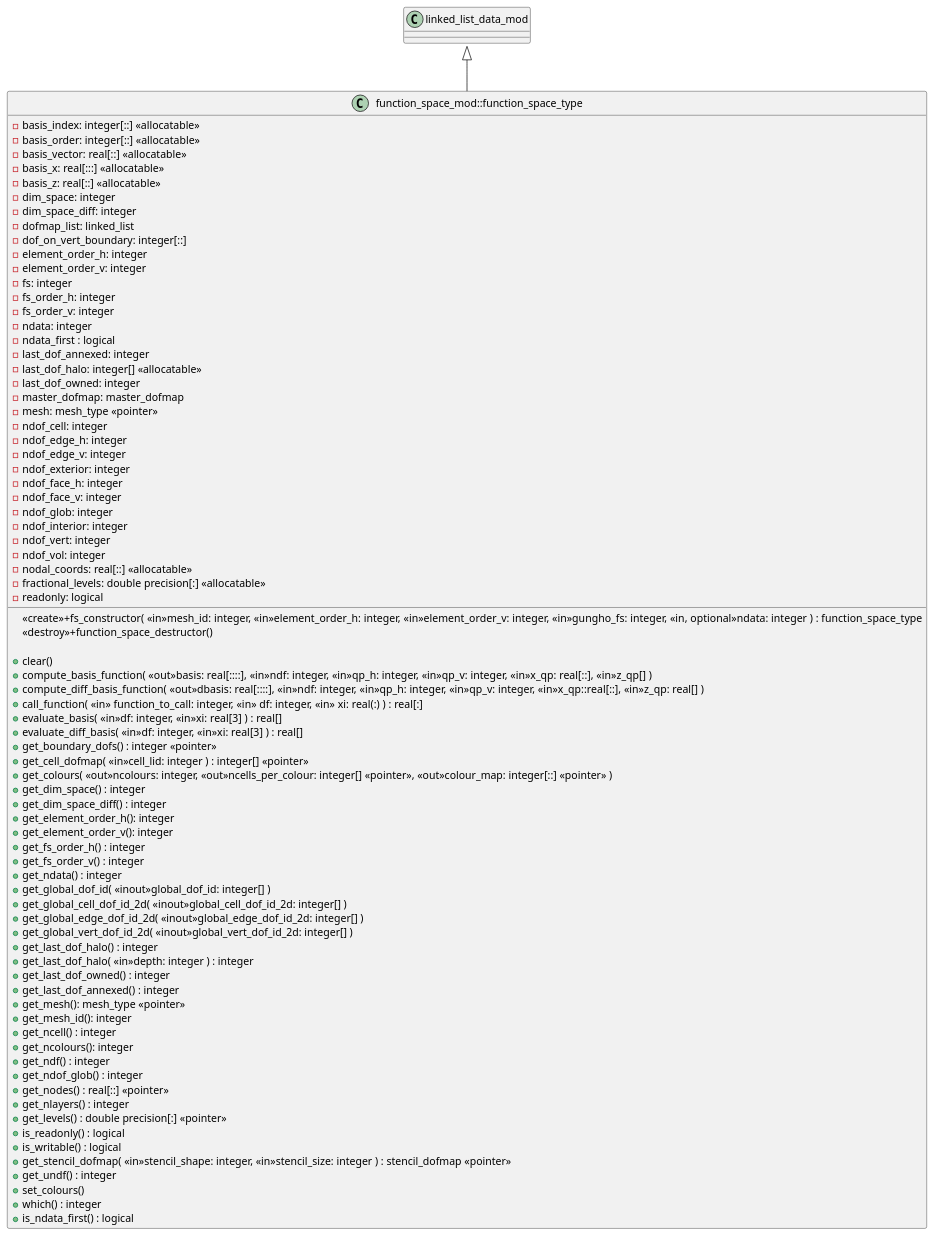
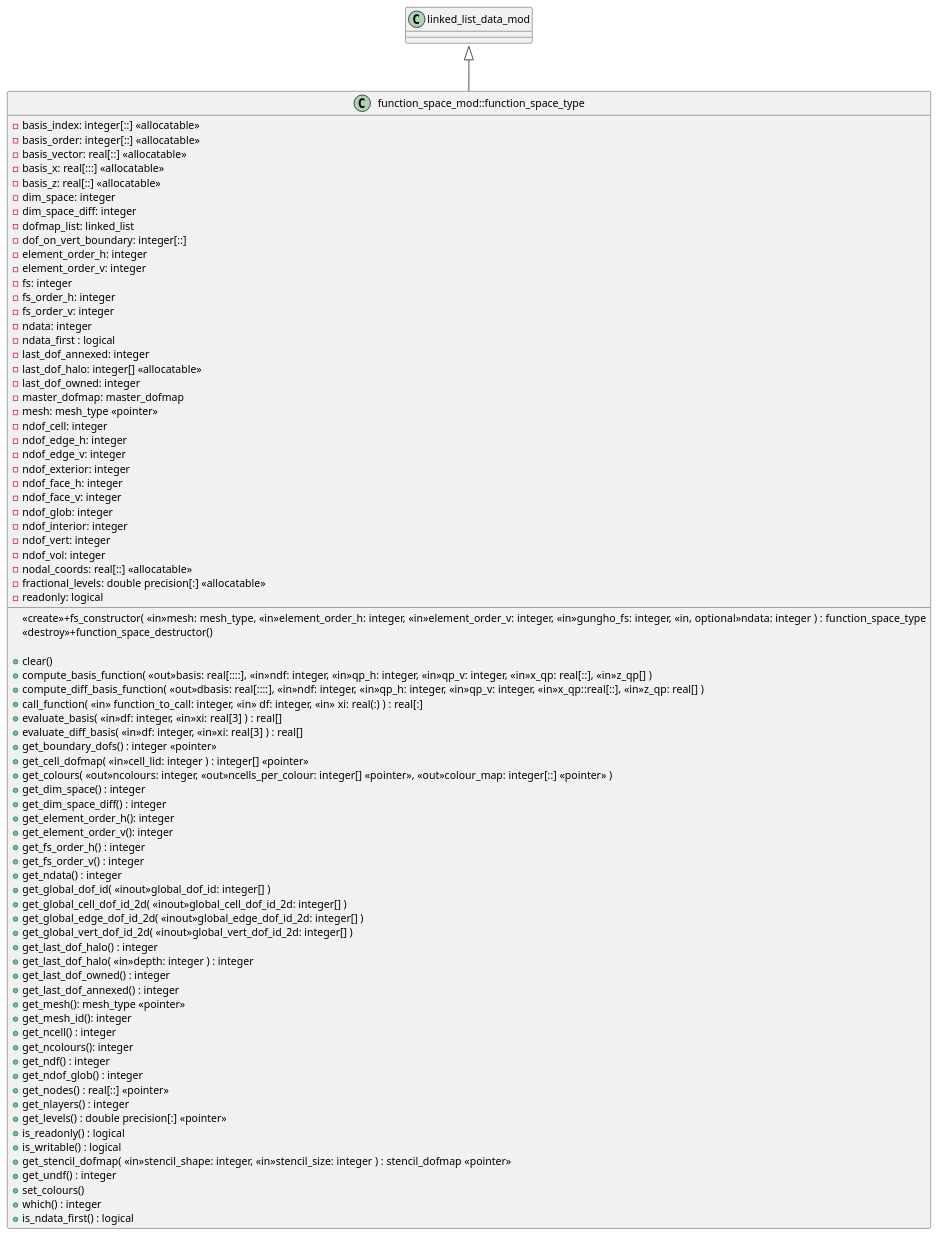
The diagram in infrastructure/documentation/uml/field/function_space_mod.iuml (MetOffice/lfric_core), drawn with PlantUML before and after one commit. The commit also changed 18 other files, not shown here.

```diff
--- a/infrastructure/documentation/uml/field/function_space_mod.iuml
+++ b/infrastructure/documentation/uml/field/function_space_mod.iuml
@@ -1,86 +1,86 @@
 ' Copyright (c) 2017,  Met Office, on behalf of HMSO and Queen's Printer
 ' For further details please refer to the file LICENCE which you
 ' should have received as part of this distribution.
 
 class function_space_mod::function_space_type {
     -basis_index: integer[::] <<allocatable>>
     -basis_order: integer[::] <<allocatable>>
     -basis_vector: real[::] <<allocatable>>
     -basis_x: real[:::] <<allocatable>>
     -basis_z: real[::] <<allocatable>>
     -dim_space: integer
     -dim_space_diff: integer
     -dofmap_list: linked_list
     -dof_on_vert_boundary: integer[::]
     -element_order_h: integer
     -element_order_v: integer
     -fs: integer
     -fs_order_h: integer
     -fs_order_v: integer
     -ndata: integer
     -ndata_first : logical
     -last_dof_annexed: integer
     -last_dof_halo: integer[] <<allocatable>>
     -last_dof_owned: integer
     -master_dofmap: master_dofmap
     -mesh: mesh_type <<pointer>>
     -ndof_cell: integer
     -ndof_edge_h: integer
     -ndof_edge_v: integer
     -ndof_exterior: integer
     -ndof_face_h: integer
     -ndof_face_v: integer
     -ndof_glob: integer
     -ndof_interior: integer
     -ndof_vert: integer
     -ndof_vol: integer
     -nodal_coords: real[::] <<allocatable>>
     -fractional_levels: double precision[:] <<allocatable>>
     -readonly: logical
 
-    <<create>>+fs_constructor( <<in>>mesh_id: integer, <<in>>element_order_h: integer, <<in>>element_order_v: integer, <<in>>gungho_fs: integer, <<in, optional>>ndata: integer ) : function_space_type
+    <<create>>+fs_constructor( <<in>>mesh: mesh_type, <<in>>element_order_h: integer, <<in>>element_order_v: integer, <<in>>gungho_fs: integer, <<in, optional>>ndata: integer ) : function_space_type
     <<destroy>>+function_space_destructor()
 
     +clear()
     +compute_basis_function( <<out>>basis: real[::::], <<in>>ndf: integer, <<in>>qp_h: integer, <<in>>qp_v: integer, <<in>>x_qp: real[::], <<in>>z_qp[] )
     +compute_diff_basis_function( <<out>>dbasis: real[::::], <<in>>ndf: integer, <<in>>qp_h: integer, <<in>>qp_v: integer, <<in>>x_qp::real[::], <<in>>z_qp: real[] )
     +call_function( <<in>> function_to_call: integer, <<in>> df: integer, <<in>> xi: real(:) ) : real[:]
     +evaluate_basis( <<in>>df: integer, <<in>>xi: real[3] ) : real[]
     +evaluate_diff_basis( <<in>>df: integer, <<in>>xi: real[3] ) : real[]
     +get_boundary_dofs() : integer <<pointer>>
     +get_cell_dofmap( <<in>>cell_lid: integer ) : integer[] <<pointer>>
     +get_colours( <<out>>ncolours: integer, <<out>>ncells_per_colour: integer[] <<pointer>>, <<out>>colour_map: integer[::] <<pointer>> )
     +get_dim_space() : integer
     +get_dim_space_diff() : integer
     +get_element_order_h(): integer
     +get_element_order_v(): integer
     +get_fs_order_h() : integer
     +get_fs_order_v() : integer
     +get_ndata() : integer
     +get_global_dof_id( <<inout>>global_dof_id: integer[] )
     +get_global_cell_dof_id_2d( <<inout>>global_cell_dof_id_2d: integer[] )
     +get_global_edge_dof_id_2d( <<inout>>global_edge_dof_id_2d: integer[] )
     +get_global_vert_dof_id_2d( <<inout>>global_vert_dof_id_2d: integer[] )
     +get_last_dof_halo() : integer
     +get_last_dof_halo( <<in>>depth: integer ) : integer
     +get_last_dof_owned() : integer
     +get_last_dof_annexed() : integer
     +get_mesh(): mesh_type <<pointer>>
     +get_mesh_id(): integer
     +get_ncell() : integer
     +get_ncolours(): integer
     +get_ndf() : integer
     +get_ndof_glob() : integer
     +get_nodes() : real[::] <<pointer>>
     +get_nlayers() : integer
     +get_levels() : double precision[:] <<pointer>>
     +is_readonly() : logical
     +is_writable() : logical
     +get_stencil_dofmap( <<in>>stencil_shape: integer, <<in>>stencil_size: integer ) : stencil_dofmap <<pointer>>
     +get_undf() : integer
     +set_colours()
     +which() : integer
     +is_ndata_first() : logical
 }
 
 linked_list_data_mod::linked_list_data_type <|-- function_space_mod::function_space_type
```
